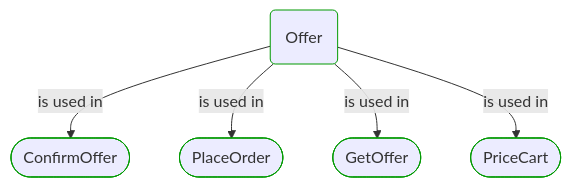
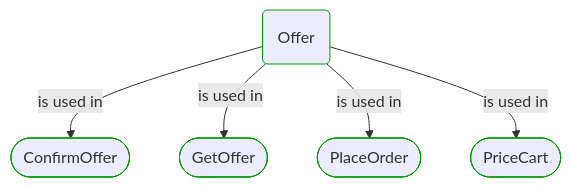
One commit to itlibrium/DDD-starter-dotnet changed the second of 2 diagrams in Docs/P3/MermaidOutput/BuildingBlocks/Sales/Pricing/Offer.md. Above: the diagram before and after it, drawn with Mermaid. The commit also changed other lines of this file and 78 other files, not shown here.

````diff
--- a/Docs/P3/MermaidOutput/BuildingBlocks/Sales/Pricing/Offer.md
+++ b/Docs/P3/MermaidOutput/BuildingBlocks/Sales/Pricing/Offer.md
@@ -57,20 +57,20 @@
 ```mermaid
   flowchart TB
     0(Offer)
     class 0 DomainPerspective
     1([ConfirmOffer])
     class 1 DomainPerspective
     0-->|is used in|1
-    2([PlaceOrder])
+    2([GetOffer])
     class 2 DomainPerspective
     0-->|is used in|2
-    3([GetOffer])
+    3([PlaceOrder])
     class 3 DomainPerspective
     0-->|is used in|3
     4([PriceCart])
     class 4 DomainPerspective
     0-->|is used in|4
     classDef DomainPerspective stroke:#009900
     classDef TechnologyPerspective stroke:#1F41EB
     classDef PeoplePerspective stroke:#FFF014
 ```
````
